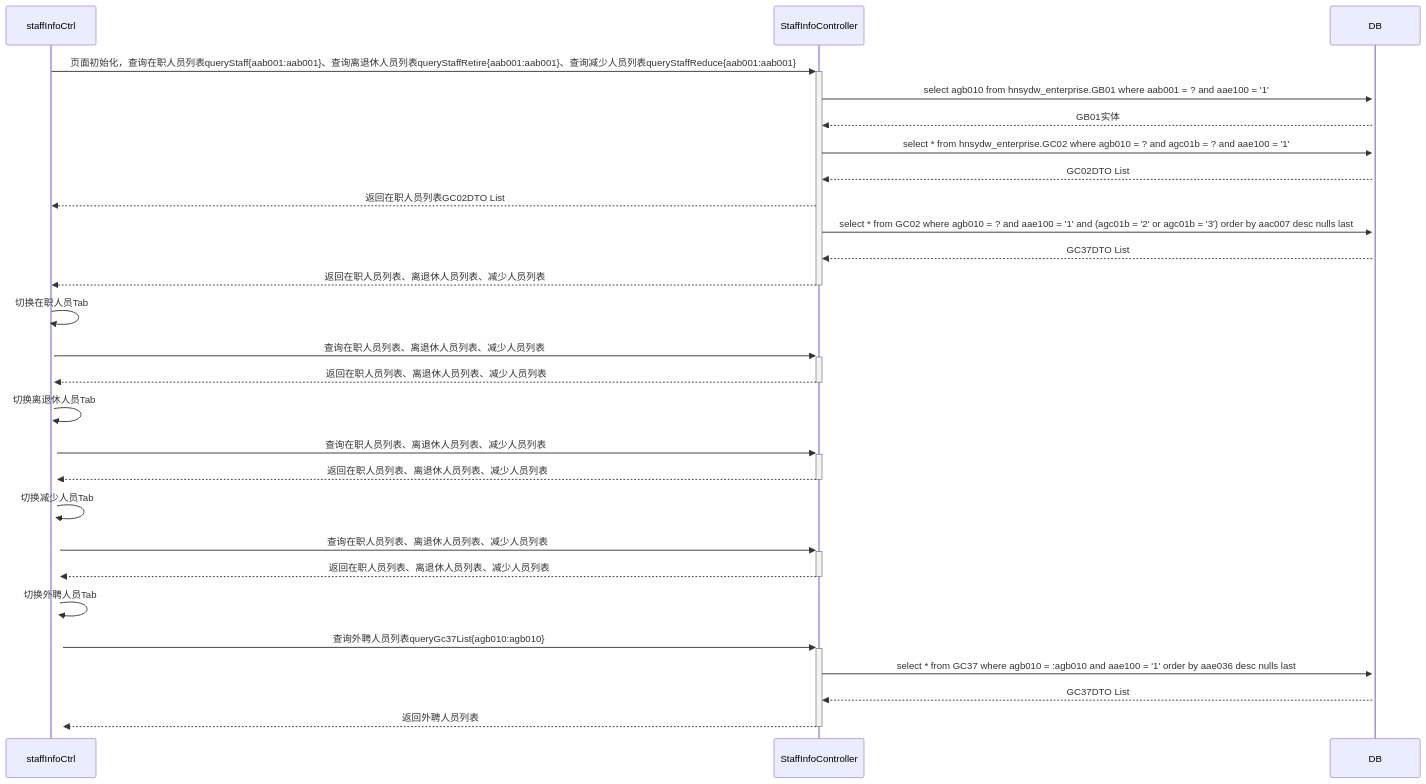
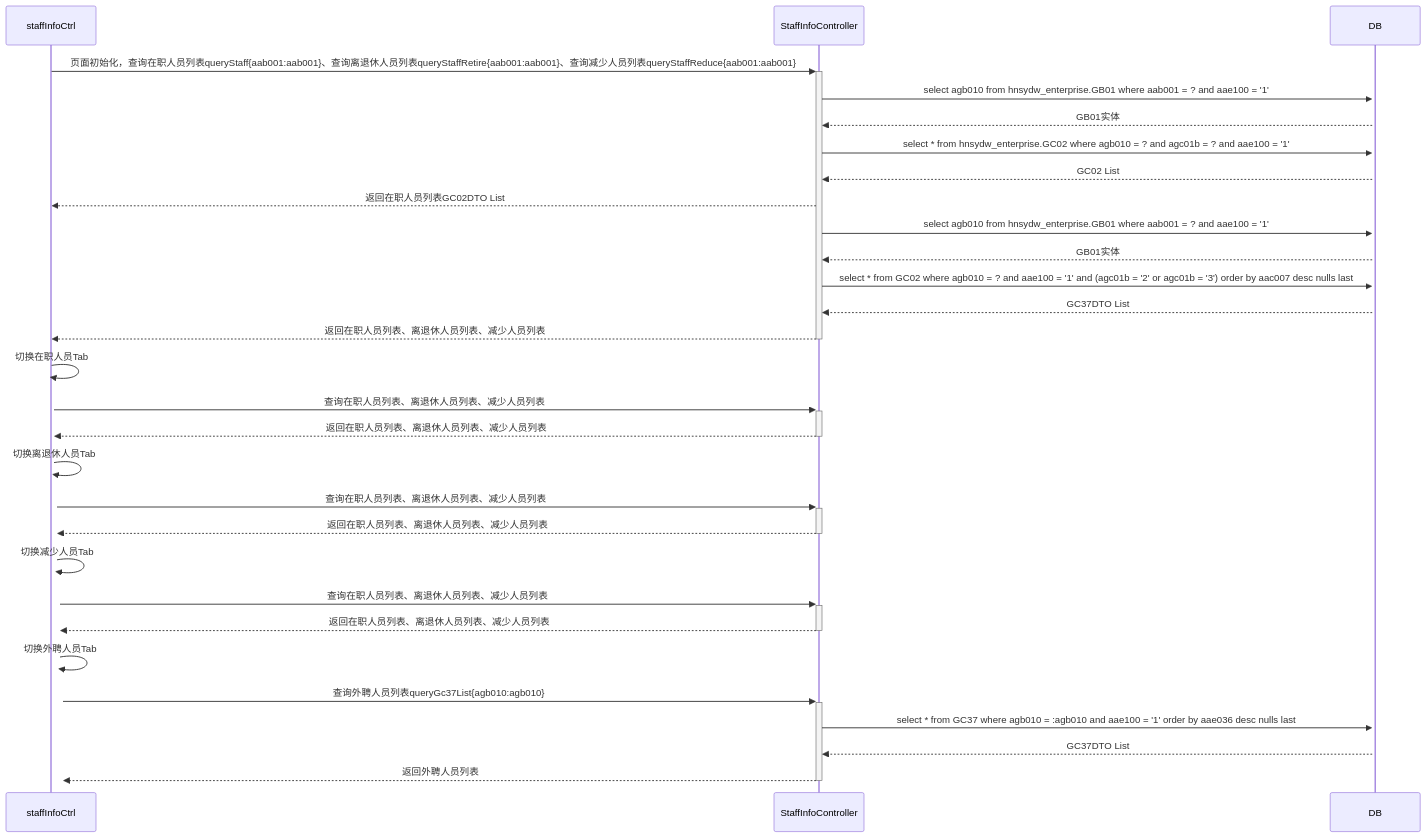
Before and after one commit to ZhangJianBeiJing/iodraw-files: the diagram in all/人员基本信息初始化页面多Tab调用业务流程.md, drawn with Mermaid.

Commit message:
2025-03-25 10:47:14 update

````diff
--- a/all/人员基本信息初始化页面多Tab调用业务流程.md
+++ b/all/人员基本信息初始化页面多Tab调用业务流程.md
@@ -1,27 +1,29 @@
 ```mermaid
 sequenceDiagram
     staffInfoCtrl->>+StaffInfoController: 页面初始化，查询在职人员列表queryStaff{aab001:aab001}、查询离退休人员列表queryStaffRetire{aab001:aab001}、查询减少人员列表queryStaffReduce{aab001:aab001}
     
     StaffInfoController->>+DB:select agb010 from hnsydw_enterprise.GB01 where aab001 = ? and aae100 = '1'
     DB-->>StaffInfoController:GB01实体
     StaffInfoController->>+DB:select * from hnsydw_enterprise.GC02 where agb010 = ? and agc01b = ? and aae100 = '1'
-    DB-->>StaffInfoController:GC02DTO List
+    DB-->>StaffInfoController:GC02 List
     StaffInfoController-->>staffInfoCtrl:返回在职人员列表GC02DTO List
+    StaffInfoController->>+DB:select agb010 from hnsydw_enterprise.GB01 where aab001 = ? and aae100 = '1'
+    DB-->>StaffInfoController:GB01实体
     StaffInfoController->>+DB:select * from GC02 where agb010 = ? and aae100 = '1' and (agc01b = '2' or agc01b = '3') order by aac007 desc nulls last 
     DB-->>StaffInfoController:GC37DTO List
     StaffInfoController-->>-staffInfoCtrl:返回在职人员列表、离退休人员列表、减少人员列表
     staffInfoCtrl->>+staffInfoCtrl:切换在职人员Tab
     staffInfoCtrl->>+StaffInfoController:查询在职人员列表、离退休人员列表、减少人员列表
     StaffInfoController-->>-staffInfoCtrl:返回在职人员列表、离退休人员列表、减少人员列表
     staffInfoCtrl->>+staffInfoCtrl:切换离退休人员Tab
     staffInfoCtrl->>+StaffInfoController:查询在职人员列表、离退休人员列表、减少人员列表
     StaffInfoController-->>-staffInfoCtrl:返回在职人员列表、离退休人员列表、减少人员列表
     staffInfoCtrl->>+staffInfoCtrl:切换减少人员Tab
     staffInfoCtrl->>+StaffInfoController:查询在职人员列表、离退休人员列表、减少人员列表
     StaffInfoController-->>-staffInfoCtrl:返回在职人员列表、离退休人员列表、减少人员列表
     staffInfoCtrl->>+staffInfoCtrl:切换外聘人员Tab
     staffInfoCtrl->>+StaffInfoController:查询外聘人员列表queryGc37List{agb010:agb010}
     StaffInfoController->>+DB:select * from GC37 where agb010 = :agb010 and aae100 = '1' order by aae036 desc nulls last
     DB-->>StaffInfoController:GC37DTO List 
     StaffInfoController-->>-staffInfoCtrl:返回外聘人员列表
 ```
````
